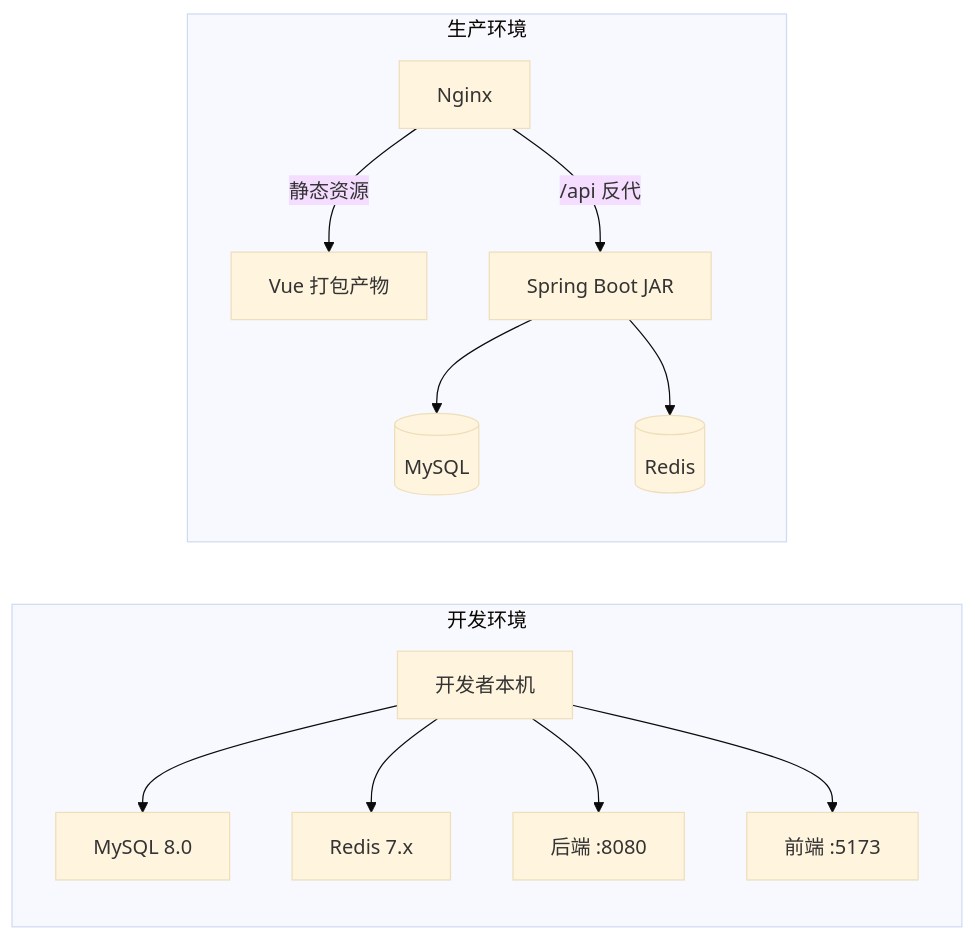
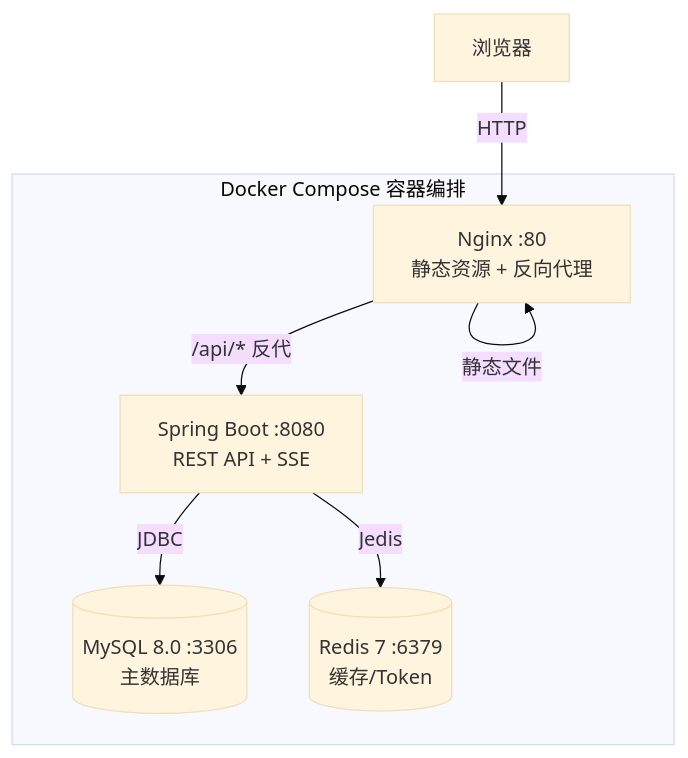
One commit to CSANLIN/FitPro changed the second of 2 diagrams in requirements_and_tech_spec.md. Above: the diagram before and after it, drawn with Mermaid (base theme). The commit also changed other lines of this file and 121 other files, not shown here.

````diff
--- a/requirements_and_tech_spec.md
+++ b/requirements_and_tech_spec.md
@@ -253,16 +308,15 @@
 ```mermaid
-graph LR
-    subgraph 开发环境
-        A[开发者本机] --> B[MySQL 8.0]
-        A --> C[Redis 7.x]
-        A --> D[后端 :8080]
-        A --> E[前端 :5173]
+graph TB
+    subgraph Docker[Docker Compose 容器编排]
+        Nginx[Nginx :80<br/>静态资源 + 反向代理]
+        Backend[Spring Boot :8080<br/>REST API + SSE]
+        MySQL[(MySQL 8.0 :3306<br/>主数据库)]
+        Redis[(Redis 7 :6379<br/>缓存/Token)]
     end
 
-    subgraph 生产环境
-        F[Nginx] -->|静态资源| G[Vue 打包产物]
-        F -->|/api 反代| H[Spring Boot JAR]
-        H --> I[(MySQL)]
-        H --> J[(Redis)]
-    end
+    Browser[浏览器] -->|HTTP| Nginx
+    Nginx -->|/api/* 反代| Backend
+    Nginx -->|静态文件| Nginx
+    Backend -->|JDBC| MySQL
+    Backend -->|Jedis| Redis
 ```
````
